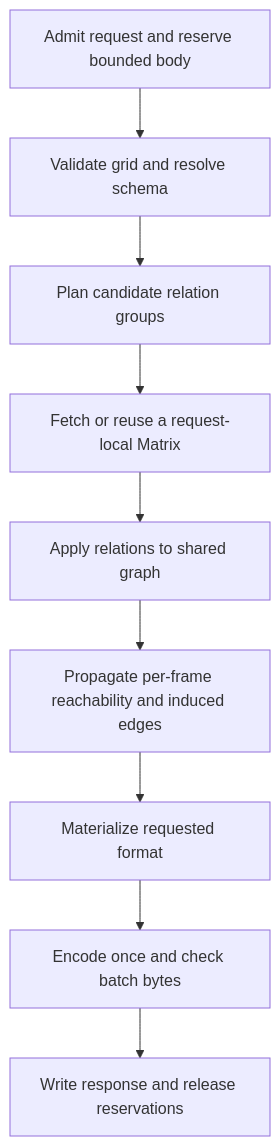
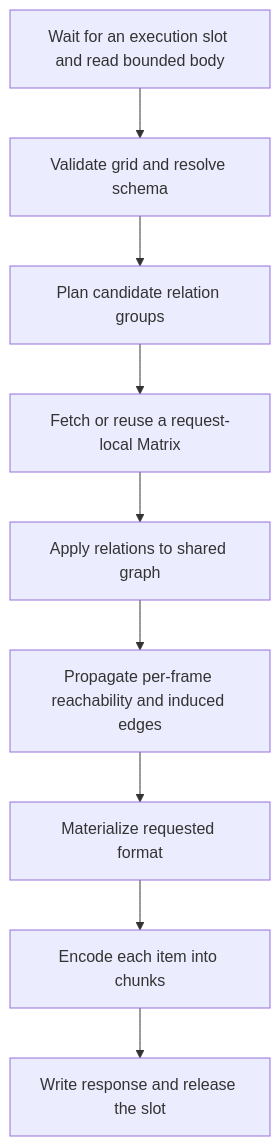
The diagram in pkg/unify-query/docs/timegraph-output-optimization.md (TencentBlueKing/bkmonitor-datalink), drawn with Mermaid before and after one commit. The commit also changed other lines of this file and 73 other files, not shown here.

````diff
--- a/pkg/unify-query/docs/timegraph-output-optimization.md
+++ b/pkg/unify-query/docs/timegraph-output-optimization.md
@@ -9,11 +9,11 @@
 ```mermaid
 flowchart TD
-    A[Admit request and reserve bounded body] --> B[Validate grid and resolve schema]
+    A[Wait for an execution slot and read bounded body] --> B[Validate grid and resolve schema]
     B --> C[Plan candidate relation groups]
     C --> D[Fetch or reuse a request-local Matrix]
     D --> E[Apply relations to shared graph]
     E --> F[Propagate per-frame reachability and induced edges]
     F --> G[Materialize requested format]
-    G --> H[Encode once and check batch bytes]
-    H --> I[Write response and release reservations]
+    G --> H[Encode each item into chunks]
+    H --> I[Write response and release the slot]
 ```
````
